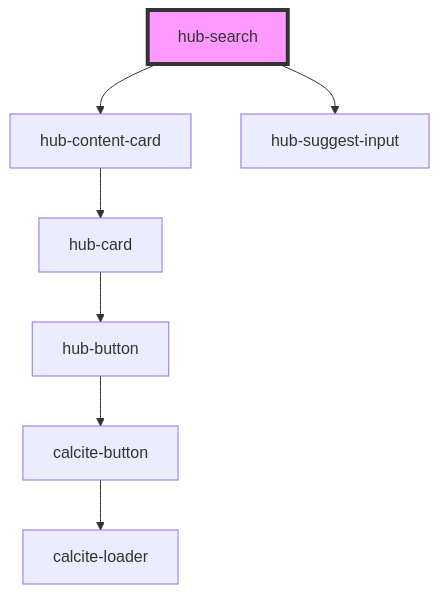
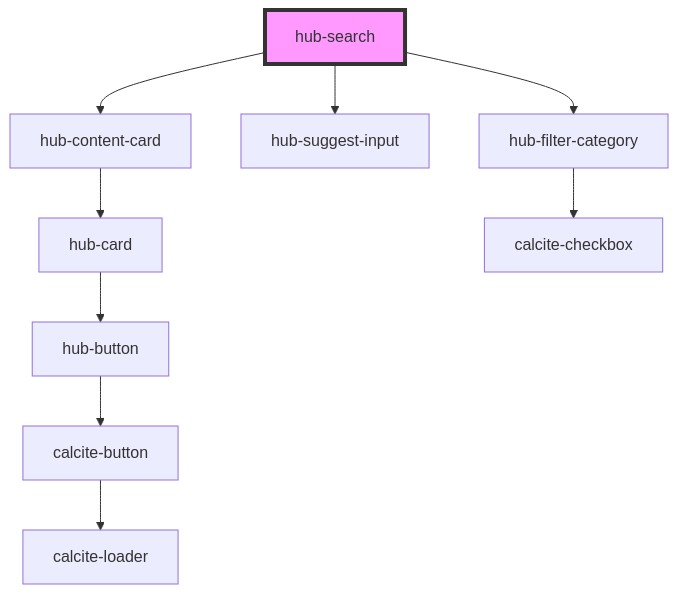
The diagram in src/components/hub-search/readme.md (esridc/hub-components-experiments), drawn with Mermaid before and after one commit. The commit also changed other lines of this file and 11 other files, not shown here.

````diff
--- a/src/components/hub-search/readme.md
+++ b/src/components/hub-search/readme.md
@@ -25,10 +26,12 @@
 ```mermaid
 graph TD;
   hub-search --> hub-content-card
   hub-search --> hub-suggest-input
+  hub-search --> hub-filter-category
   hub-content-card --> hub-card
   hub-card --> hub-button
   hub-button --> calcite-button
   calcite-button --> calcite-loader
+  hub-filter-category --> calcite-checkbox
   style hub-search fill:#f9f,stroke:#333,stroke-width:4px
 ```
````
